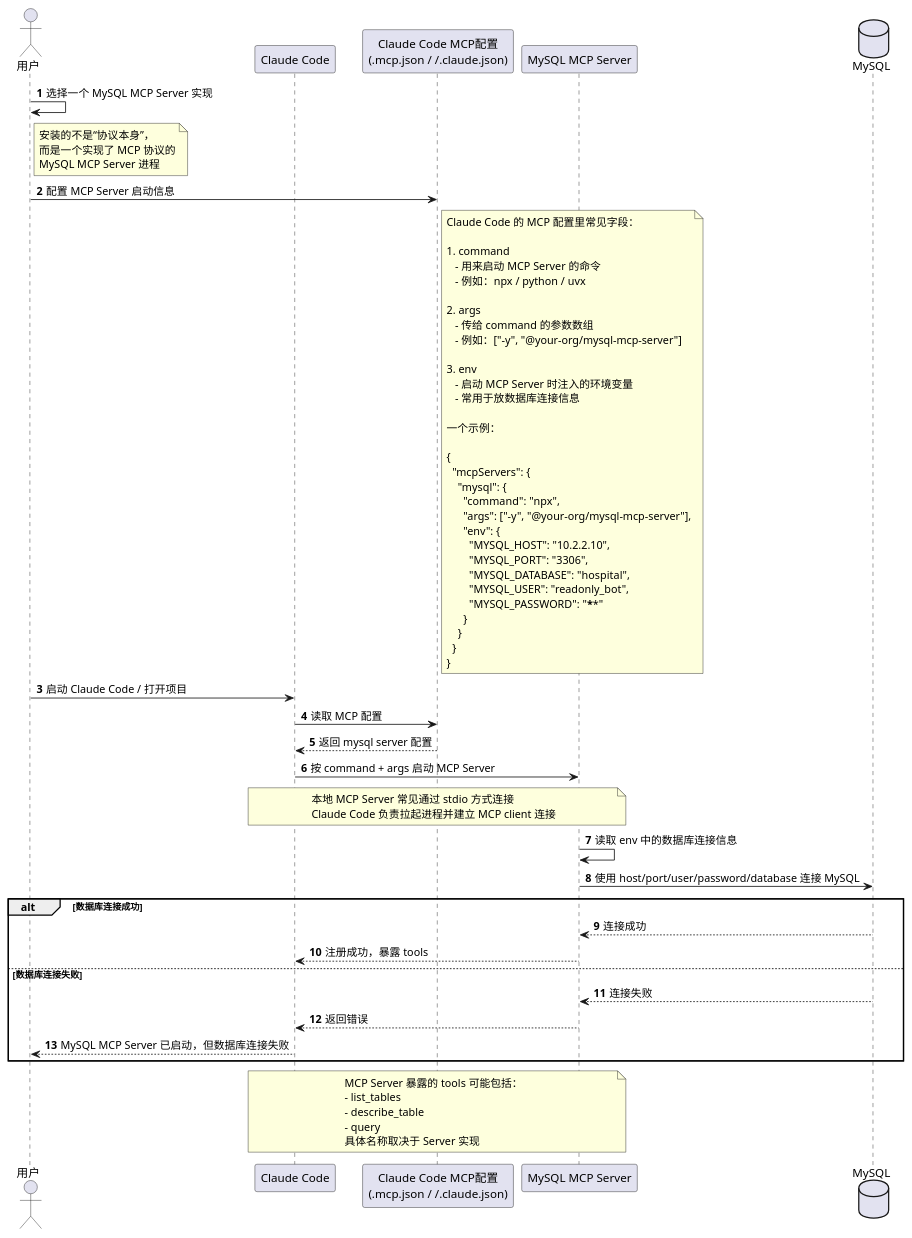
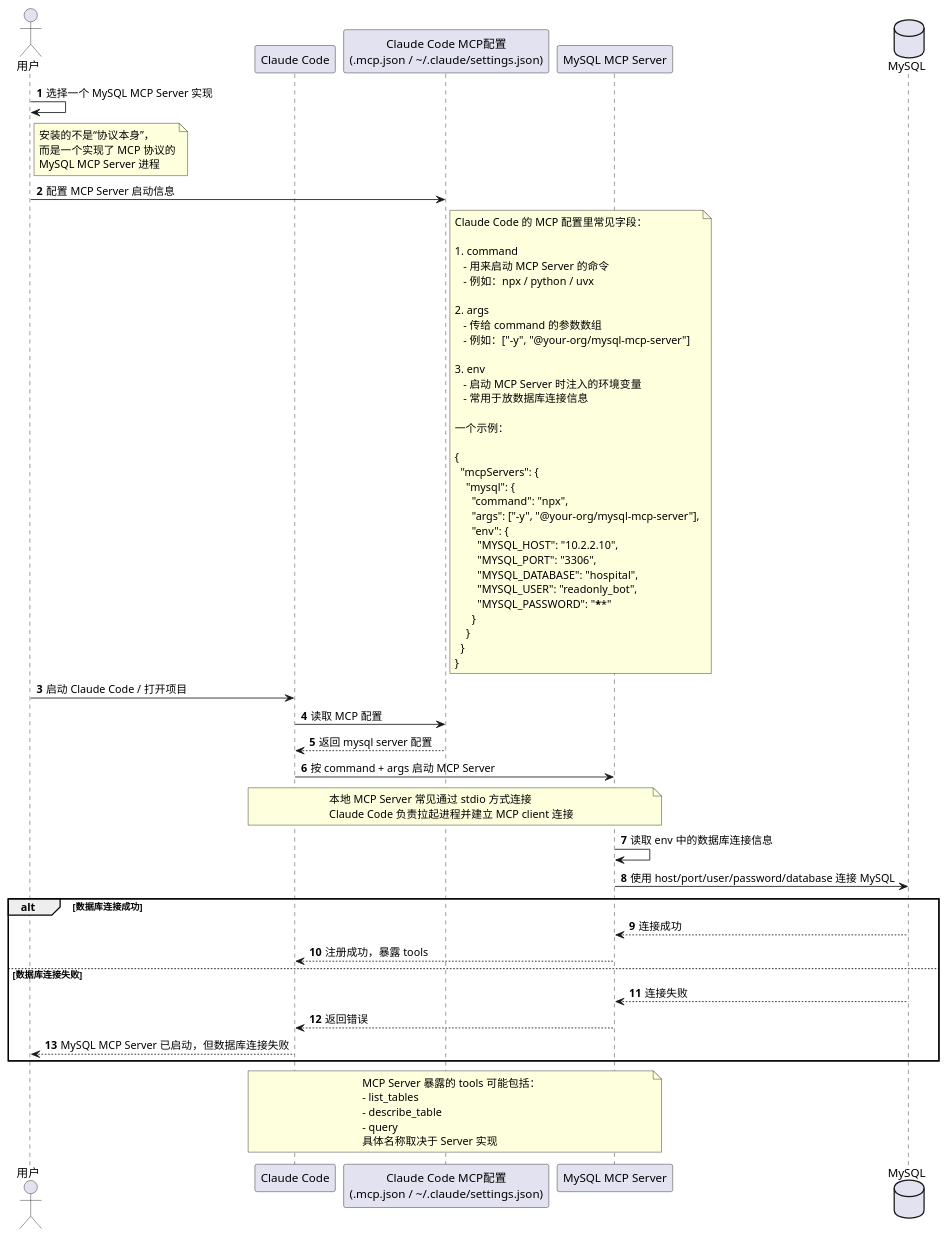
The first of 2 diagrams in 14.AI/01.大模型名词2.md (6westboy9/WESTBOY-NOTE), drawn with PlantUML before and after one commit.

Commit message:
vault backup: 2026-04-03 22:41:56

```diff
--- a/14.AI/01.大模型名词2.md
+++ b/14.AI/01.大模型名词2.md
@@ -249,7 +249,7 @@
 
 actor 用户 as U
 participant "Claude Code" as CC
-participant "Claude Code MCP配置\n(.mcp.json / ~/.claude.json)" as CFG
+participant "Claude Code MCP配置\n(.mcp.json / <U+007E>/.claude/settings.json)" as CFG
 participant "MySQL MCP Server" as MCP
 database "MySQL" as DB
 
```
